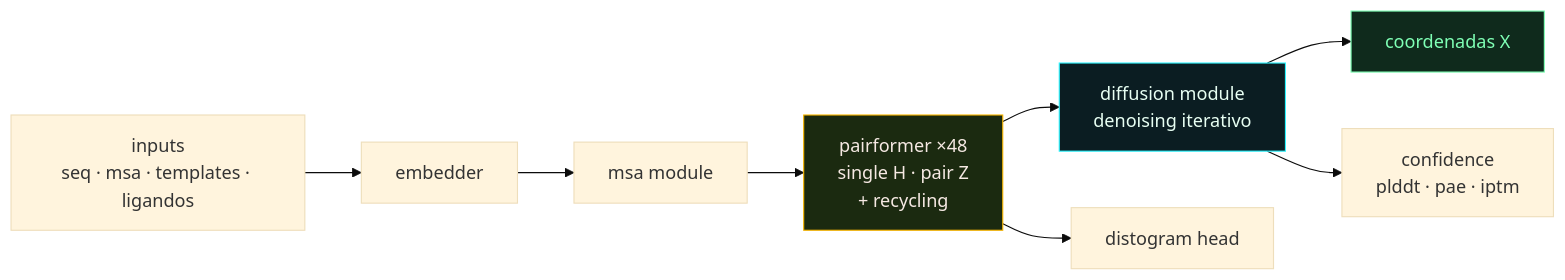
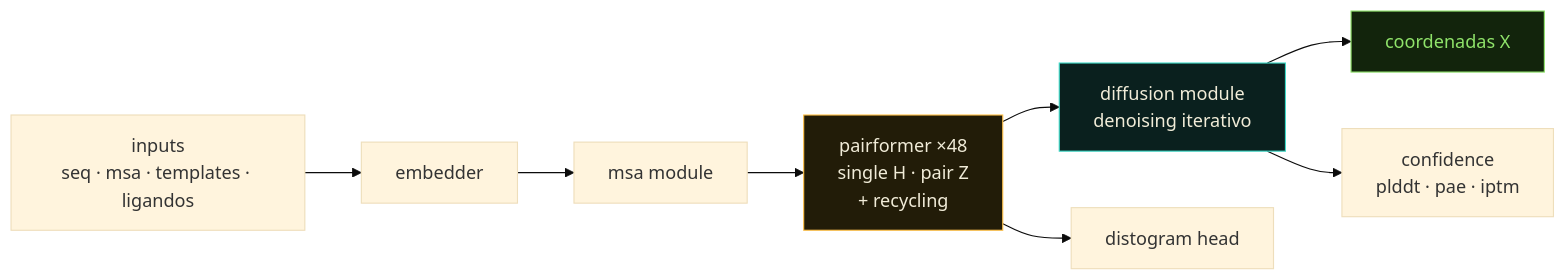
The first of 2 diagrams in slides.md (ebardann/presentacion-tesis), drawn with Mermaid (base theme) before and after one commit. The commit also changed other lines of this file and 10 other files, not shown here.

````diff
--- a/slides.md
+++ b/slides.md
@@ -100,13 +100,13 @@
 ```mermaid {scale: 0.85}
 flowchart LR
   A[inputs<br/>seq · msa · templates · ligandos] --> B[embedder]
   B --> C[msa module]
   C --> D[pairformer ×48<br/>single H · pair Z<br/>+ recycling]
   D --> E[diffusion module<br/>denoising iterativo]
   E --> F[coordenadas X]
   D --> G[distogram head]
   E --> H[confidence<br/>plddt · pae · iptm]
-  style D fill:#1b2a10,stroke:#f7b500,color:#f6e9e3
-  style E fill:#0b1d22,stroke:#2ef5ff,color:#e8fff3
-  style F fill:#0f2a1c,stroke:#7fffb5,color:#7fffb5
+  style D fill:#221c08,stroke:#ffc24b,color:#f1ecd8
+  style E fill:#0a201e,stroke:#3fd9c7,color:#f1ecd8
+  style F fill:#12240c,stroke:#8fe36a,color:#8fe36a
 ```
````
